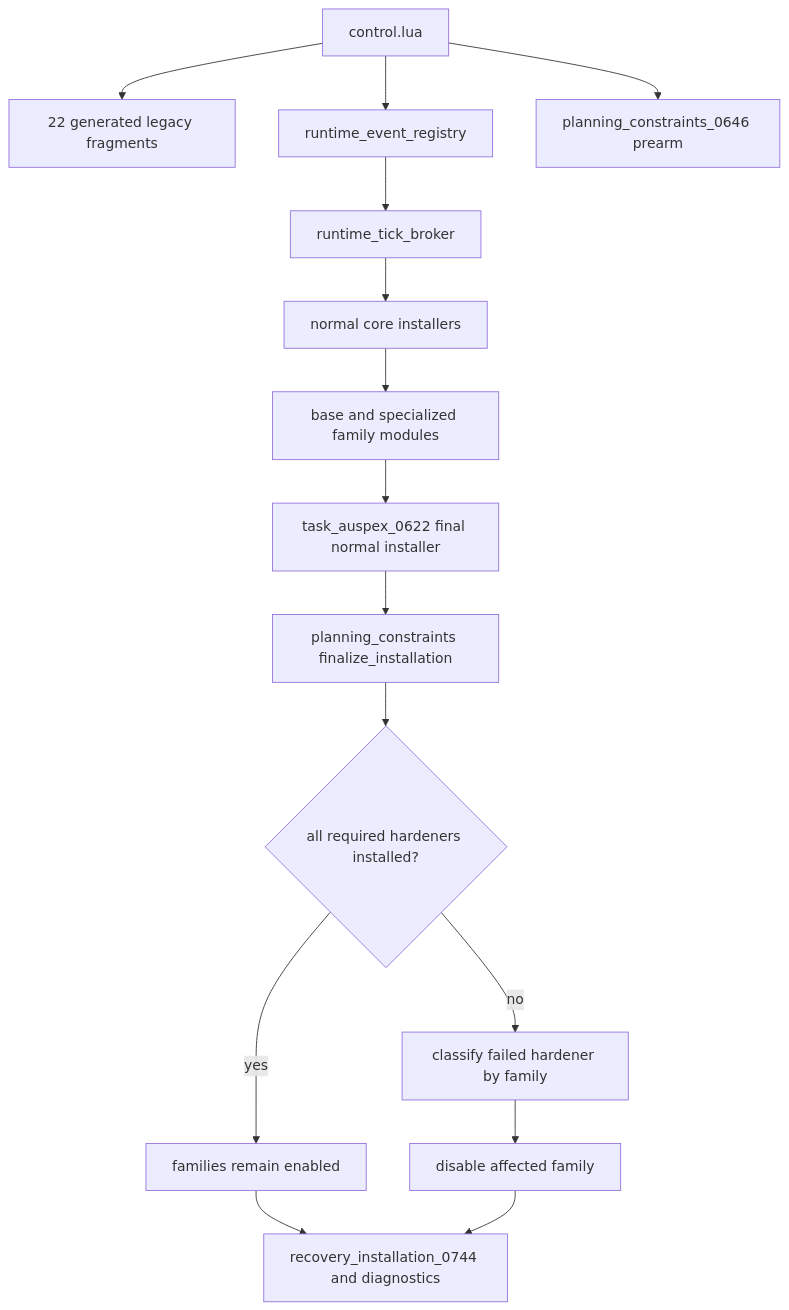
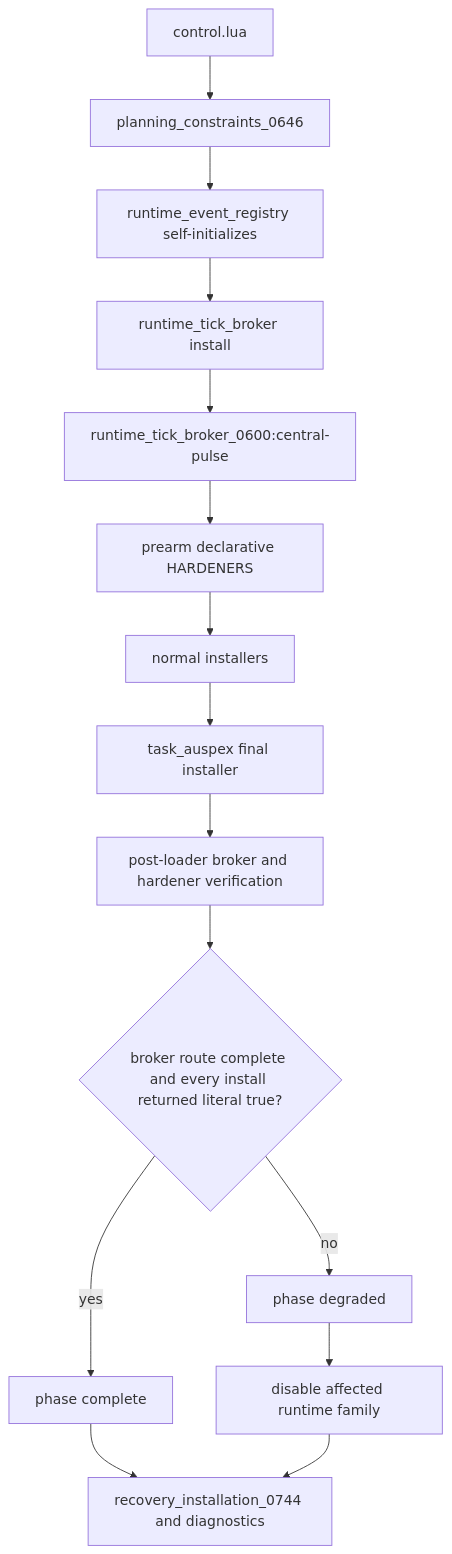
The second of 11 diagrams in docs/RECOVERY_AUTHORITY_MAP_CURRENT.md (mrcalzon02/Tech-Priests), drawn with Mermaid before and after one commit. The commit also changed other lines of this file, not shown here.

Commit message:
Map broker-first hardener recovery

````diff
--- a/docs/RECOVERY_AUTHORITY_MAP_CURRENT.md
+++ b/docs/RECOVERY_AUTHORITY_MAP_CURRENT.md
@@ -27,24 +27,21 @@
 ```mermaid
 flowchart TD
     Control[control.lua]
-    Legacy[22 generated legacy fragments]
-    Registry[runtime_event_registry]
-    Broker[runtime_tick_broker]
-    Core[normal core installers]
-    Prearm[planning_constraints_0646 prearm]
-    Families[base and specialized family modules]
-    FinalHook[task_auspex_0622 final normal installer]
-    Finalize[planning_constraints finalize_installation]
-    Complete{all required hardeners installed?}
-    Enabled[families remain enabled]
-    Degraded[classify failed hardener by family]
-    Disable[disable affected family]
+    Planning[planning_constraints_0646]
+    Registry[runtime_event_registry self-initializes]
+    Broker[runtime_tick_broker install]
+    Route[runtime_tick_broker_0600:central-pulse]
+    Prearm[prearm declarative HARDENERS]
+    Core[normal installers]
+    Final[task_auspex final installer]
+    Verify[post-loader broker and hardener verification]
+    Complete{broker route complete and every install returned literal true?}
+    Ready[phase complete]
+    Degraded[phase degraded]
+    Quarantine[disable affected runtime family]
     Ledger[recovery_installation_0744 and diagnostics]
 
-    Control --> Legacy
-    Control --> Registry --> Broker --> Core
-    Control --> Prearm
-    Core --> Families --> FinalHook --> Finalize --> Complete
-    Complete -- yes --> Enabled --> Ledger
-    Complete -- no --> Degraded --> Disable --> Ledger
+    Control --> Planning --> Registry --> Broker --> Route --> Prearm --> Core --> Final --> Verify --> Complete
+    Complete -- yes --> Ready --> Ledger
+    Complete -- no --> Degraded --> Quarantine --> Ledger
 ```
````
